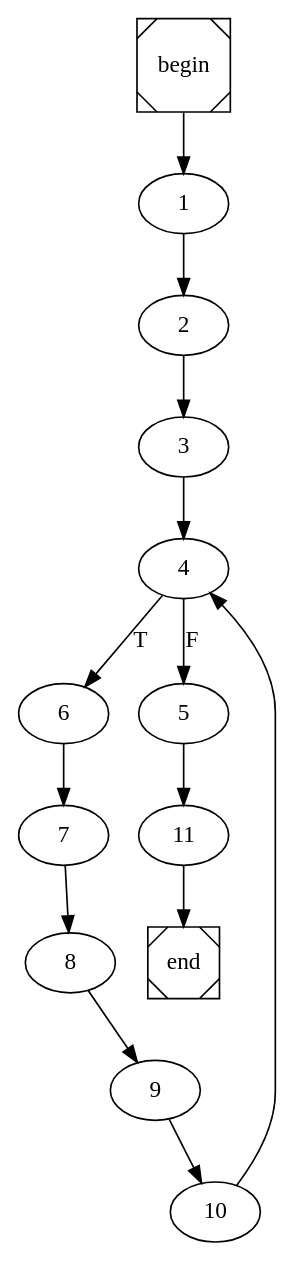
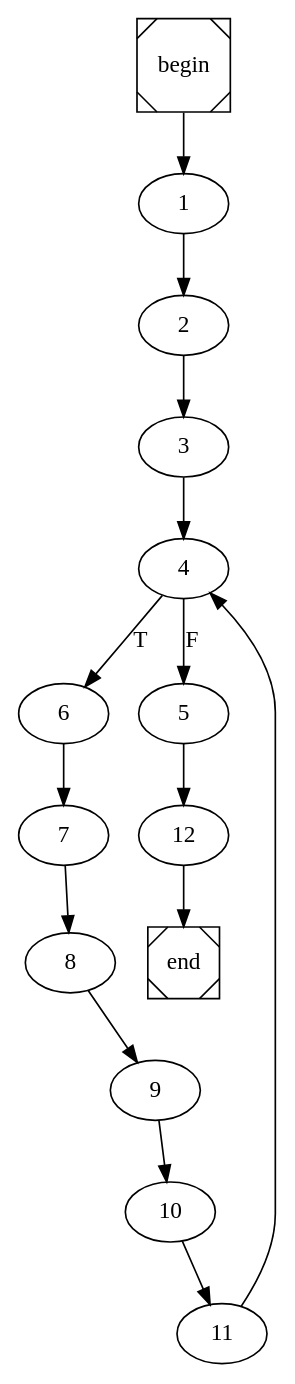
Before and after one commit to arubenruben/JMM-Compiler: the diagram in slice_int_arr_int.dot, drawn with Graphviz. The commit also changed 11 other files, not shown here.

```diff
--- a/slice_int_arr_int.dot
+++ b/slice_int_arr_int.dot
@@ -1,4 +1,4 @@
 digraph cfg {
 	begin [shape=Msquare];
 	end [shape=Msquare];
-	begin -> 1;	1 -> 2;	2 -> 3;	3 -> 4;	4 -> 6[label=T];	4 -> 5[label=F];	5 -> 11;	6 -> 7;	7 -> 8;	8 -> 9;	9 -> 10;	10 -> 4;	11 -> end;}
+	begin -> 1;	1 -> 2;	2 -> 3;	3 -> 4;	4 -> 6[label=T];	4 -> 5[label=F];	5 -> 12;	6 -> 7;	7 -> 8;	8 -> 9;	9 -> 10;	10 -> 11;	11 -> 4;	12 -> end;}
```
